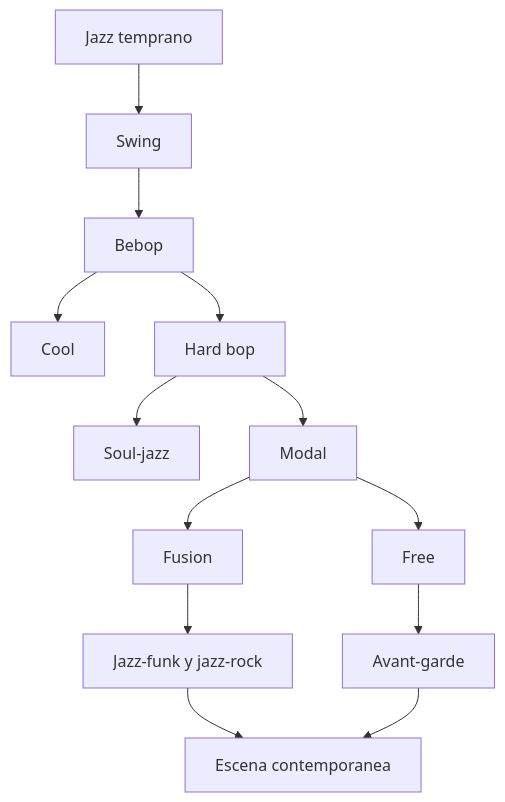
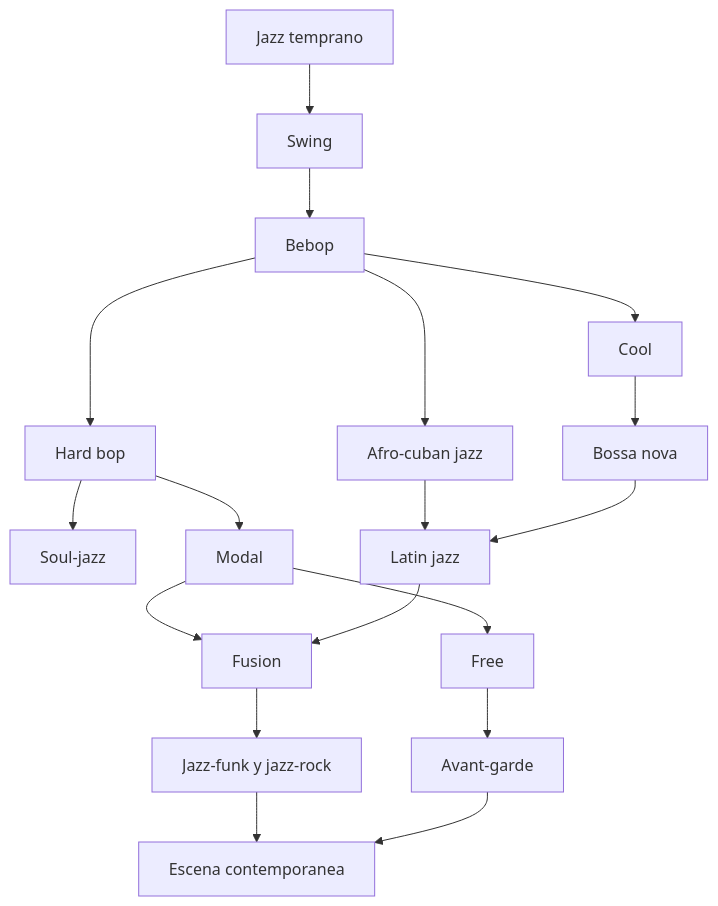
The diagram in ESTILOS/README.md (LegalIntermediaSL/JAZZ), drawn with Mermaid before and after one commit. The commit also changed other lines of this file and 11 other files, not shown here.

````diff
--- a/ESTILOS/README.md
+++ b/ESTILOS/README.md
@@ -39,15 +40,20 @@
 ```mermaid
 flowchart TD
     A["Jazz temprano"] --> B["Swing"]
     B --> C["Bebop"]
     C --> D["Cool"]
     C --> E["Hard bop"]
     E --> F["Soul-jazz"]
     E --> G["Modal"]
+    C --> M["Afro-cuban jazz"]
+    D --> N["Bossa nova"]
+    M --> O["Latin jazz"]
+    N --> O
     G --> H["Free"]
     G --> I["Fusion"]
     I --> J["Jazz-funk y jazz-rock"]
+    O --> I
     H --> K["Avant-garde"]
     J --> L["Escena contemporanea"]
     K --> L
 ```
````
